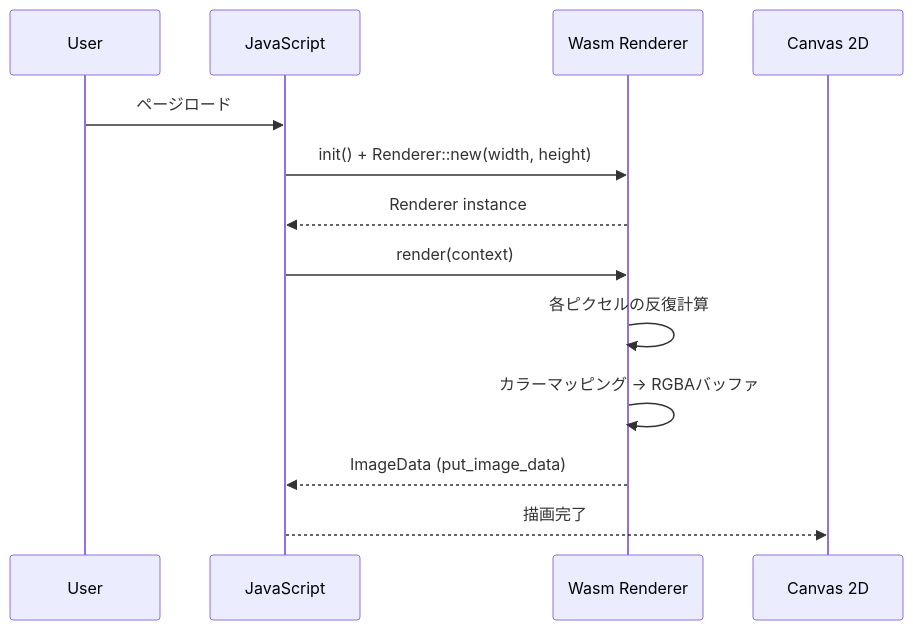
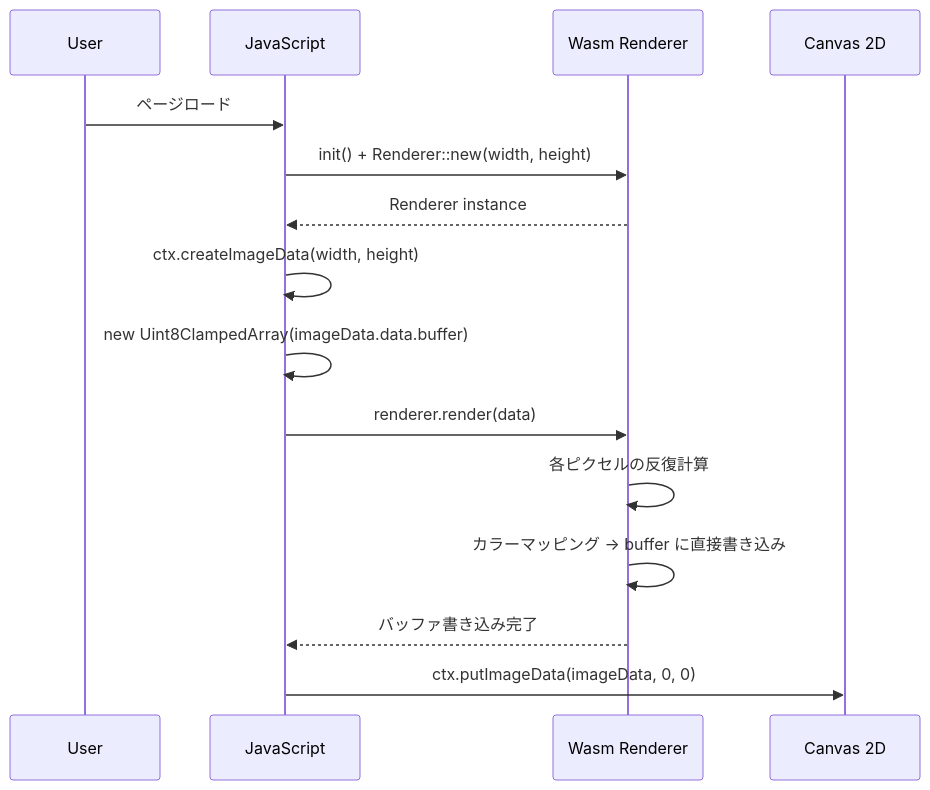
One commit to Yamazaki-Kei7/mandelbrot changed the second of 4 diagrams in .kiro/specs/mandelbrot-wasm-renderer/design.md. Above: the diagram before and after it, drawn with Mermaid. The commit also changed other lines of this file and 1 other file, not shown here.

First line of the commit message:
feat: Update design and research documentation for mandelbrot-wasm-renderer

````diff
--- a/.kiro/specs/mandelbrot-wasm-renderer/design.md
+++ b/.kiro/specs/mandelbrot-wasm-renderer/design.md
@@ -74,16 +114,18 @@
 ```mermaid
 sequenceDiagram
     participant User
     participant JS as JavaScript
     participant Wasm as Wasm Renderer
     participant Canvas as Canvas 2D
 
     User->>JS: ページロード
     JS->>Wasm: init() + Renderer::new(width, height)
     Wasm-->>JS: Renderer instance
-    JS->>Wasm: render(context)
+    JS->>JS: ctx.createImageData(width, height)
+    JS->>JS: new Uint8ClampedArray(imageData.data.buffer)
+    JS->>Wasm: renderer.render(data)
     Wasm->>Wasm: 各ピクセルの反復計算
-    Wasm->>Wasm: カラーマッピング → RGBAバッファ
-    Wasm-->>JS: ImageData (put_image_data)
-    JS-->>Canvas: 描画完了
+    Wasm->>Wasm: カラーマッピング → buffer に直接書き込み
+    Wasm-->>JS: バッファ書き込み完了
+    JS->>Canvas: ctx.putImageData(imageData, 0, 0)
 ```
````
